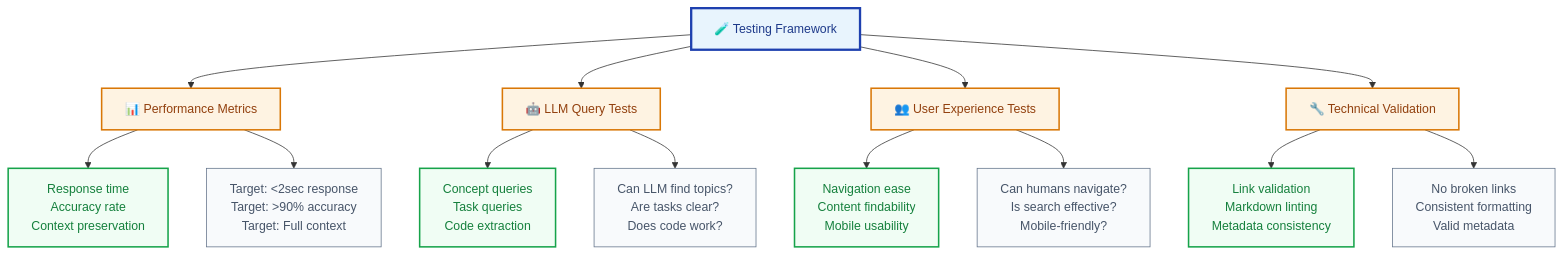
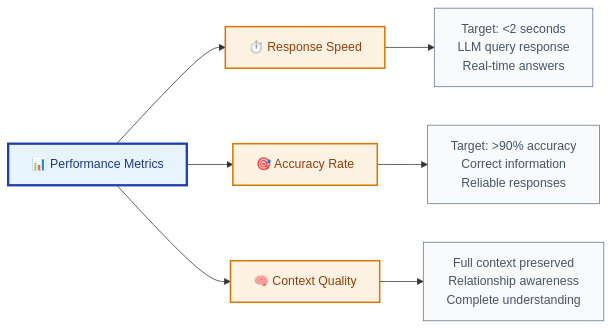
Diagram 16 of 31 in 39-llm-documentation-complete.md (raphaelmansuy/tutorials), drawn with Mermaid before and after one commit. The commit also changed other lines of this file, not shown here.

Commit message:
Implement code changes to enhance functionality and improve performance

````diff
--- a/39-llm-documentation-complete.md
+++ b/39-llm-documentation-complete.md
@@ -700,27 +941,21 @@
 ```mermaid
-graph TD
-    A[🧪 Testing Framework] --> B[📊 Performance Metrics]
-    A --> C[🤖 LLM Query Tests]
-    A --> D[👥 User Experience Tests]
-    A --> E[🔧 Technical Validation]
+flowchart LR
+    A[📊 Performance Metrics] --> B[⏱️ Response Speed]
+    A --> C[🎯 Accuracy Rate]
+    A --> D[🧠 Context Quality]
     
-    B --> B1[Response time<br/>Accuracy rate<br/>Context preservation]
-    C --> C1[Concept queries<br/>Task queries<br/>Code extraction]
-    D --> D1[Navigation ease<br/>Content findability<br/>Mobile usability]
-    E --> E1[Link validation<br/>Markdown linting<br/>Metadata consistency]
+    B --> B1[Target: <2 seconds<br/>LLM query response<br/>Real-time answers]
     
-    B --> B2[Target: <2sec response<br/>Target: >90% accuracy<br/>Target: Full context]
-    C --> C2[Can LLM find topics?<br/>Are tasks clear?<br/>Does code work?]
-    D --> D2[Can humans navigate?<br/>Is search effective?<br/>Mobile-friendly?]
-    E --> E2[No broken links<br/>Consistent formatting<br/>Valid metadata]
+    C --> C1[Target: >90% accuracy<br/>Correct information<br/>Reliable responses]
     
-    classDef framework fill:#e8f4fd,stroke:#1e40af,stroke-width:3px,color:#1e3a8a
-    classDef category fill:#fef3e2,stroke:#d97706,stroke-width:2px,color:#92400e
-    classDef test fill:#f0fdf4,stroke:#16a34a,stroke-width:2px,color:#15803d
-    classDef target fill:#f8fafc,stroke:#64748b,stroke-width:1px,color:#475569
+    D --> D1[Full context preserved<br/>Relationship awareness<br/>Complete understanding]
     
-    class A framework
-    class B,C,D,E category
-    class B1,C1,D1,E1 test
-    class B2,C2,D2,E2 target
+    classDef metrics fill:#e8f4fd,stroke:#1e40af,stroke-width:3px,color:#1e3a8a
+    classDef speed fill:#fef3e2,stroke:#d97706,stroke-width:2px,color:#92400e
+    classDef accuracy fill:#f0fdf4,stroke:#16a34a,stroke-width:2px,color:#15803d
+    classDef targets fill:#f8fafc,stroke:#64748b,stroke-width:1px,color:#475569
+    
+    class A metrics
+    class B,C,D speed
+    class B1,C1,D1 targets
 ```
````
